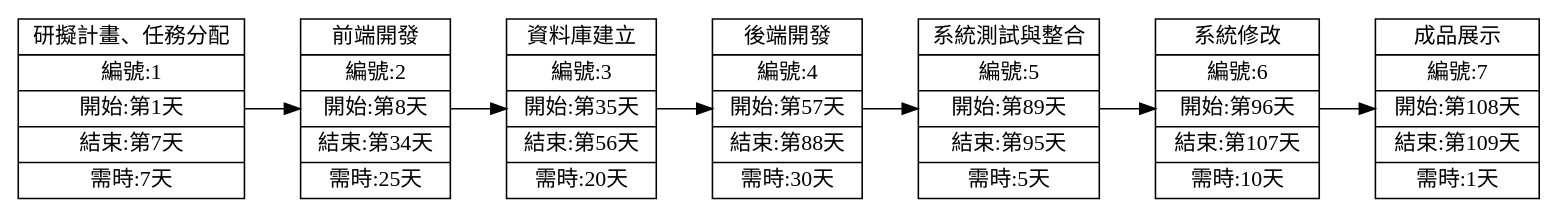
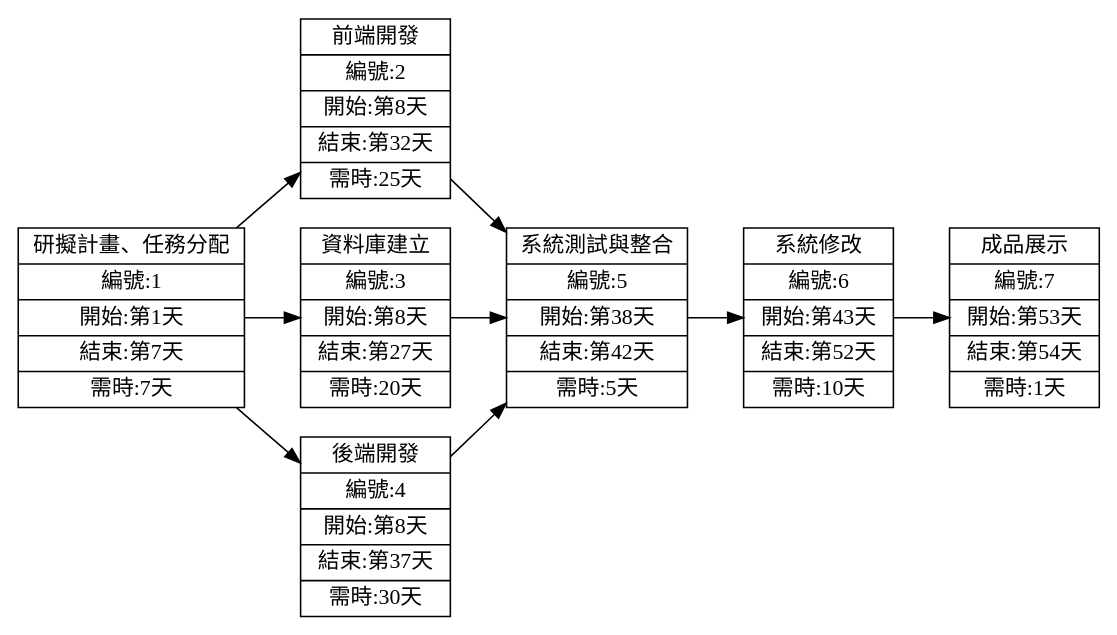
Before and after one commit to khzrg0709/group-4: the second of 2 diagrams in README.md, drawn with Graphviz.

````diff
--- a/README.md
+++ b/README.md
@@ -52,19 +52,21 @@
 ```graphviz
 digraph {
 	node[shape=record];
 	rankdir="LR";
     no1 [label = "研擬計畫、任務分配 | 編號:1 | 開始:第1天 | 結束:第7天 | 需時:7天"]       
-    no2 [label = "前端開發 | 編號:2 | 開始:第8天 | 結束:第34天 | 需時:25天"]
+    no2 [label = "前端開發 | 編號:2 | 開始:第8天 | 結束:第32天 | 需時:25天"]      
+    no3 [label = "資料庫建立 | 編號:3 | 開始:第8天 | 結束:第27天 | 需時:20天"]       
+    no4 [label = "後端開發 | 編號:4 | 開始:第8天 | 結束:第37天 | 需時:30天"]
       no1->no2
-    no3 [label = "資料庫建立 | 編號:3 | 開始:第35天 | 結束:第56天 | 需時:20天"]    
-      no2->no3
-    no4 [label = "後端開發 | 編號:4 | 開始:第57天 | 結束:第88天 | 需時:30天"]
-      no3->no4
-    no5 [label = "系統測試與整合 | 編號:5 | 開始:第89天 | 結束:第95天 | 需時:5天"]
+      no1->no3
+      no1->no4
+    no5 [label = "系統測試與整合 | 編號:5 | 開始:第38天 | 結束:第42天 | 需時:5天"]
+      no2->no5
+      no3->no5
       no4->no5
-    no6 [label = "系統修改 | 編號:6 | 開始:第96天 | 結束:第107天 | 需時:10天"]
+    no6 [label = "系統修改 | 編號:6 | 開始:第43天 | 結束:第52天 | 需時:10天"]
       no5->no6
-    no7 [label = "成品展示 | 編號:7 | 開始:第108天 | 結束:第109天 | 需時:1天"]
+    no7 [label = "成品展示 | 編號:7 | 開始:第53天 | 結束:第54天 | 需時:1天"]
       no6->no7
 }
 ```
````
